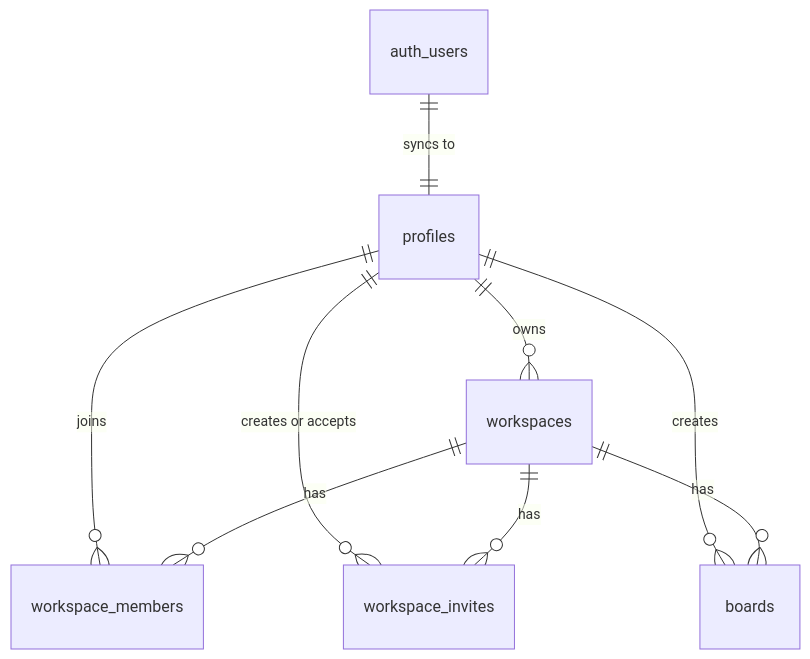
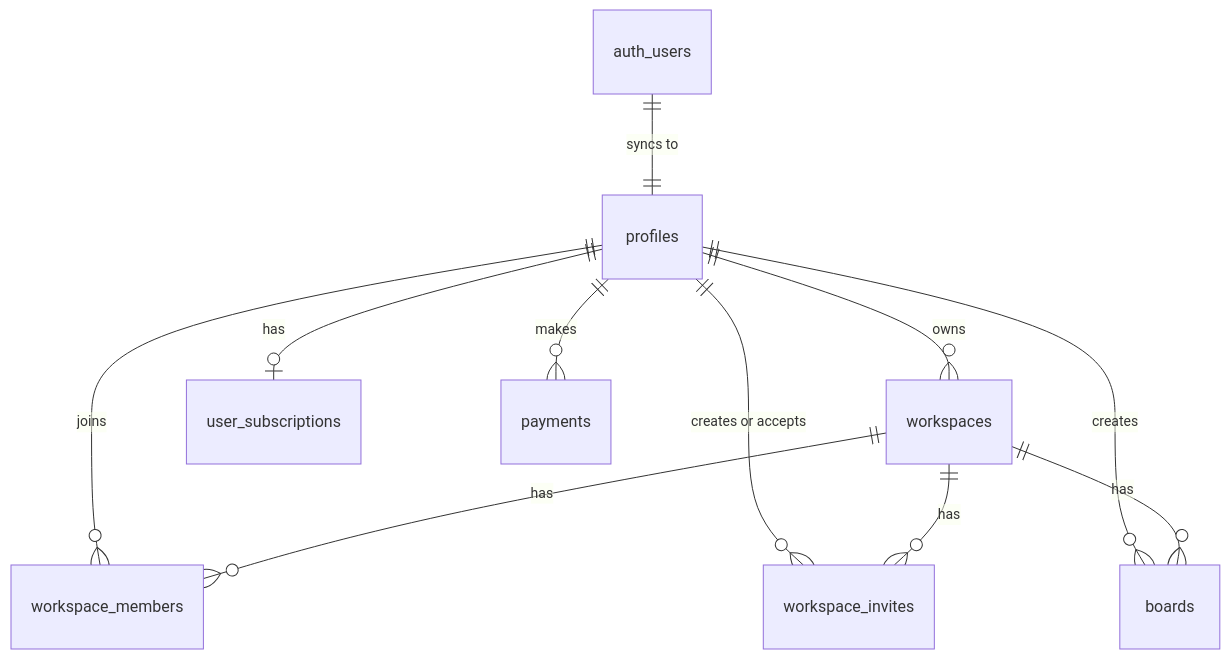
One commit to tushar-180/WhiteBoardSaaS2 changed the second of 2 diagrams in docs/phases.md. Above: the diagram before and after it, drawn with Mermaid. The commit also changed other lines of this file and 53 other files, not shown here.

````diff
--- a/docs/phases.md
+++ b/docs/phases.md
@@ -47,12 +49,14 @@
 ```mermaid
 erDiagram
     auth_users ||--|| profiles : "syncs to"
     profiles ||--o{ workspaces : "owns"
     profiles ||--o{ workspace_members : "joins"
     profiles ||--o{ workspace_invites : "creates or accepts"
     profiles ||--o{ boards : "creates"
+    profiles ||--o| user_subscriptions : "has"
+    profiles ||--o{ payments : "makes"
 
     workspaces ||--o{ workspace_members : "has"
     workspaces ||--o{ workspace_invites : "has"
     workspaces ||--o{ boards : "has"
 ```
````
